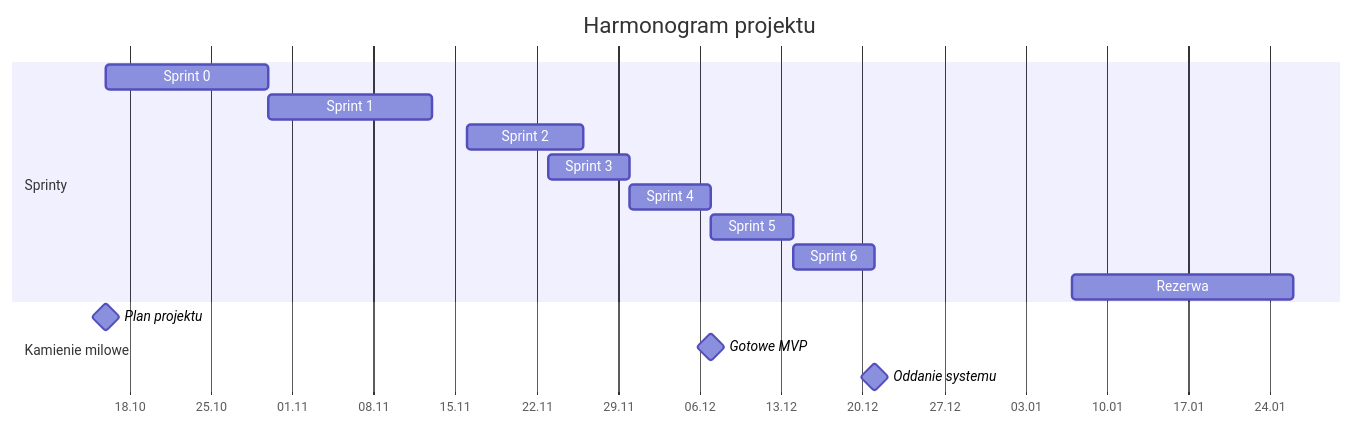
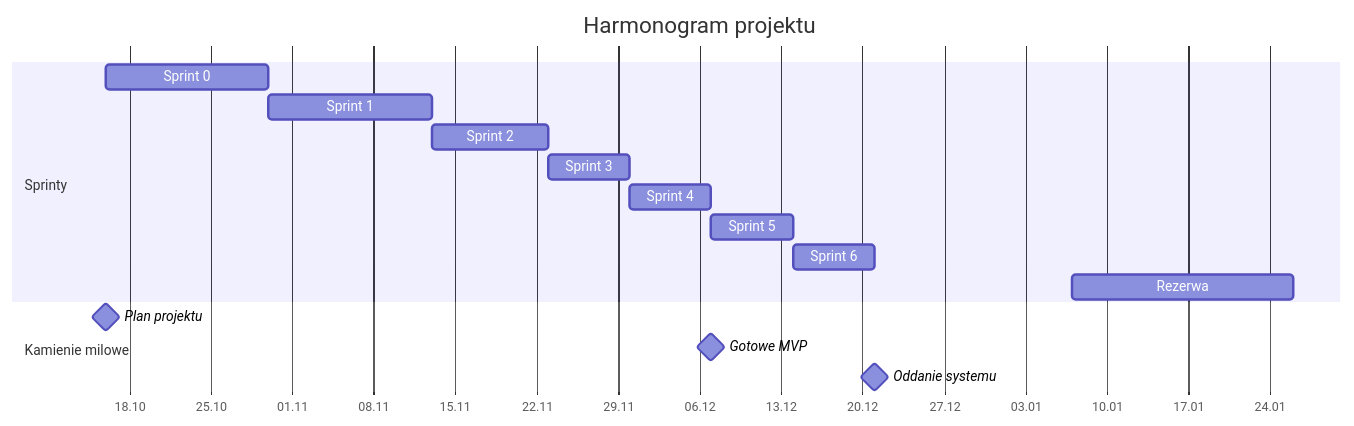
Before and after one commit to s9uu/zespolowy-system-restauracji: the diagram in README.md, drawn with Mermaid. The commit also changed other lines of this file, not shown here.

Commit message:
Update sprint dates in README.md

````diff
--- a/README.md
+++ b/README.md
@@ -98,21 +98,21 @@
 ```mermaid
 gantt
     title Harmonogram projektu
     dateFormat YYYY-MM-DD
     axisFormat %d.%m
 
     section Sprinty
     Sprint 0           : s0, 2026-10-16, 14d
     Sprint 1           : s1, 2026-10-30, 14d
-    Sprint 2           : s2, 2026-11-16, 10d
+    Sprint 2           : s2, 2026-11-13, 10d
     Sprint 3           : s3, 2026-11-23, 7d
     Sprint 4           : s4, 2026-11-30, 7d
     Sprint 5           : s5, 2026-12-07, 7d
     Sprint 6           : s6, 2026-12-14, 7d
     Rezerwa            : r1, 2027-01-07, 19d
 
     section Kamienie milowe
     Plan projektu      : milestone, 2026-10-16, 0d
     Gotowe MVP         : milestone, 2026-12-07, 0d
     Oddanie systemu    : milestone, 2026-12-21, 0d
 ```
````
